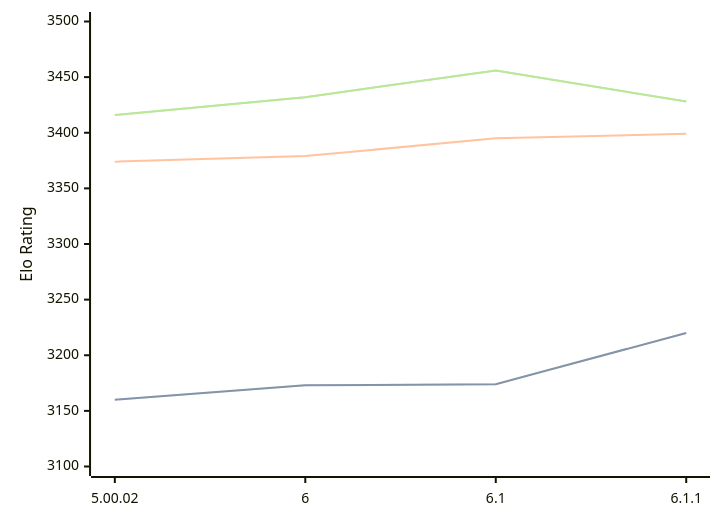
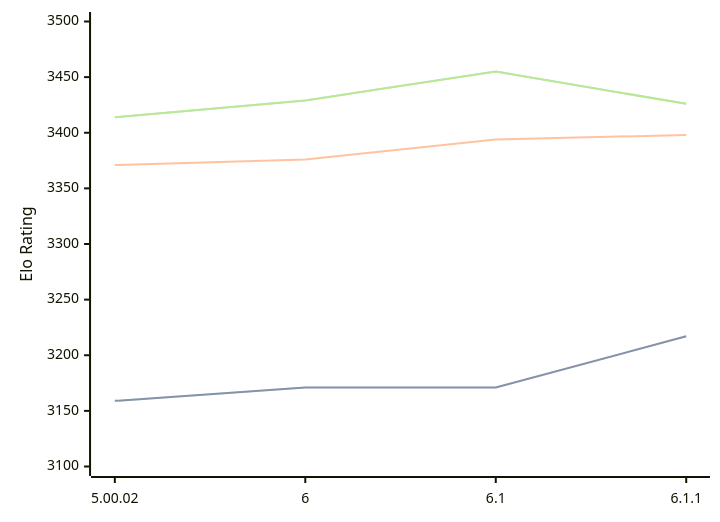
The diagram in engines/Zangdar.md (computer-chess-index/cci), drawn with Mermaid before and after one commit. The commit also changed other lines of this file, not shown here.

Commit message:
Update CCI Ratings (ELO VLTC) - 2026-03-31

````diff
--- a/engines/Zangdar.md
+++ b/engines/Zangdar.md
@@ -46,11 +46,11 @@
 ```mermaid
 %%{init: {"theme":"base","themeVariables":{"seriesColors:['#a3a3a3','#222221','#faa371']}}}%%
 xychart-beta
   x-axis ["5.00.02", "6", "6.1", "6.1.1"]
   y-axis "Elo Rating" 3100 --> 3500
-  line "STC (8.0+0.08s)" [3160, 3173, 3174, 3220]
-  line "STC (8.0+0.08s)" [3160, 3173, 3174, 3220]
-  line "LTC (60.0+0.60s)" [3374, 3379, 3395, 3399]
-  line "VLTC (2m24s+1.12s)" [3416, 3432, 3456, 3428]
-  line "VLTC (2m24s+1.12s)" [3416, 3432, 3456, 3428]
+  line "STC (8.0+0.08s)" [3159, 3171, 3171, 3217]
+  line "STC (8.0+0.08s)" [3159, 3171, 3171, 3217]
+  line "LTC (60.0+0.60s)" [3371, 3376, 3394, 3398]
+  line "VLTC (2m24s+1.12s)" [3414, 3429, 3455, 3426]
+  line "VLTC (2m24s+1.12s)" [3414, 3429, 3455, 3426]
 ```
````
